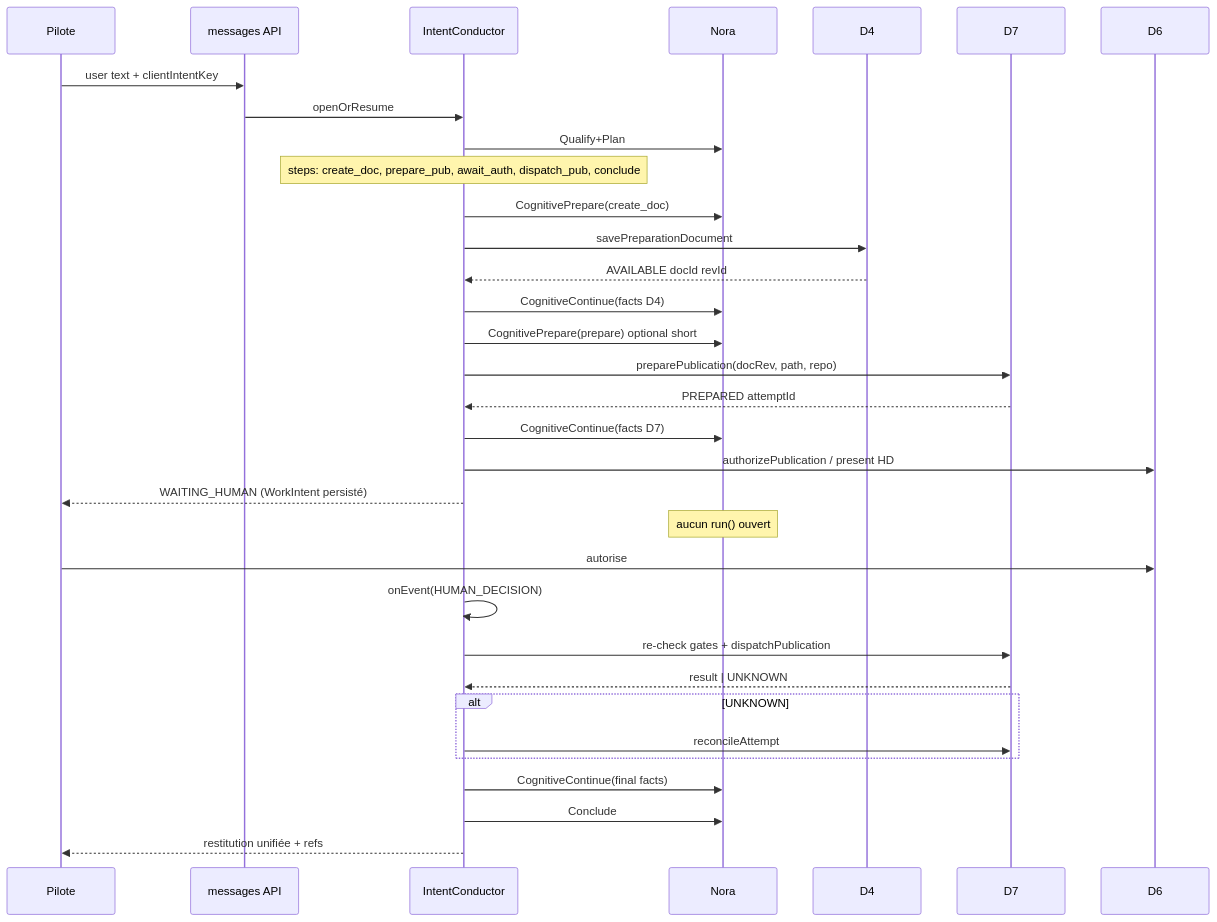
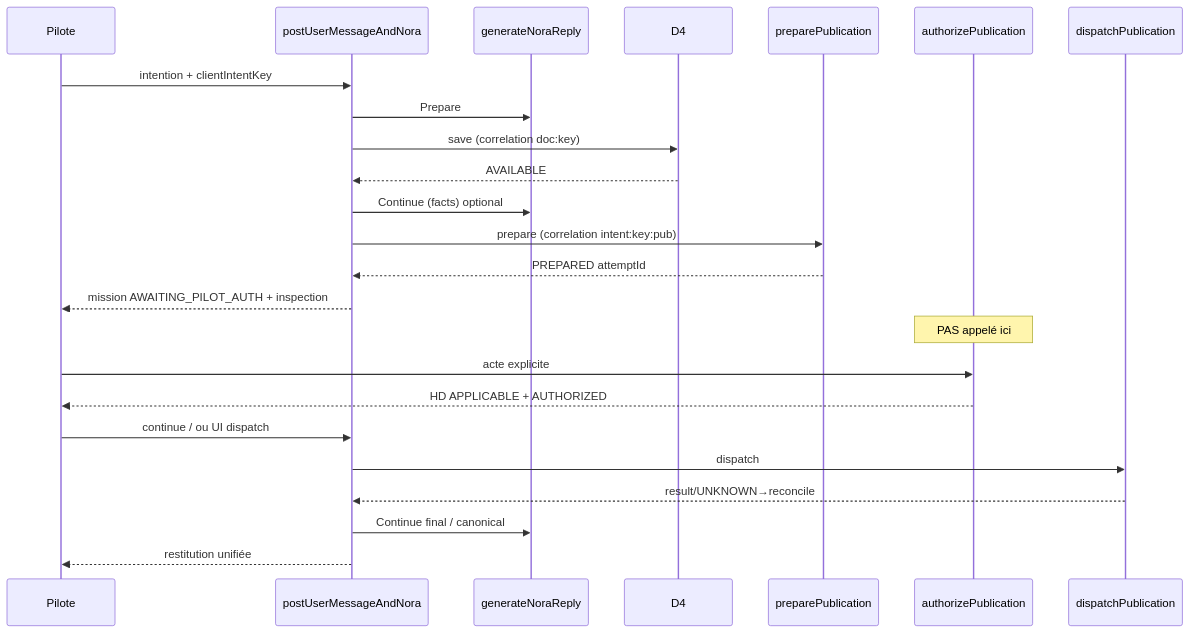
Before and after one commit to mcleland147/sfia-workspace: the diagram in sfia-review-handoff/latest-chatgpt-review.md, drawn with Mermaid. The commit also changed other lines of this file, not shown here.

Commit message:
review(next): R5 cycle6 nominal integration preflight P0 D6 Continue crash

````diff
--- a/sfia-review-handoff/latest-chatgpt-review.md
+++ b/sfia-review-handoff/latest-chatgpt-review.md
@@ -372,35 +303,26 @@
 ```mermaid
 sequenceDiagram
   participant P as Pilote
-  participant API as messages API
-  participant C as IntentConductor
-  participant N as Nora
+  participant S as postUserMessageAndNora
+  participant N as generateNoraReply
   participant D4 as D4
-  participant D7 as D7
-  participant D6 as D6
-  P->>API: user text + clientIntentKey
-  API->>C: openOrResume
-  C->>N: Qualify+Plan
-  Note over C: steps: create_doc, prepare_pub, await_auth, dispatch_pub, conclude
-  C->>N: CognitivePrepare(create_doc)
-  C->>D4: savePreparationDocument
-  D4-->>C: AVAILABLE docId revId
-  C->>N: CognitiveContinue(facts D4)
-  C->>N: CognitivePrepare(prepare) optional short
-  C->>D7: preparePublication(docRev, path, repo)
-  D7-->>C: PREPARED attemptId
-  C->>N: CognitiveContinue(facts D7)
-  C->>D6: authorizePublication / present HD
-  C-->>P: WAITING_HUMAN (WorkIntent persisté)
-  Note over N: aucun run() ouvert
-  P->>D6: autorise
-  C->>C: onEvent(HUMAN_DECISION)
-  C->>D7: re-check gates + dispatchPublication
-  D7-->>C: result | UNKNOWN
-  alt UNKNOWN
-    C->>D7: reconcileAttempt
-  end
-  C->>N: CognitiveContinue(final facts)
-  C->>N: Conclude
-  C-->>P: restitution unifiée + refs
+  participant D7 as preparePublication
+  participant Auth as authorizePublication
+  participant Disp as dispatchPublication
+  P->>S: intention + clientIntentKey
+  S->>N: Prepare
+  S->>D4: save (correlation doc:key)
+  D4-->>S: AVAILABLE
+  S->>N: Continue (facts) optional
+  S->>D7: prepare (correlation intent:key:pub)
+  D7-->>S: PREPARED attemptId
+  S-->>P: mission AWAITING_PILOT_AUTH + inspection
+  Note over Auth: PAS appelé ici
+  P->>Auth: acte explicite
+  Auth-->>P: HD APPLICABLE + AUTHORIZED
+  P->>S: continue / ou UI dispatch
+  S->>Disp: dispatch
+  Disp-->>S: result/UNKNOWN→reconcile
+  S->>N: Continue final / canonical
+  S-->>P: restitution unifiée
 ```
````
